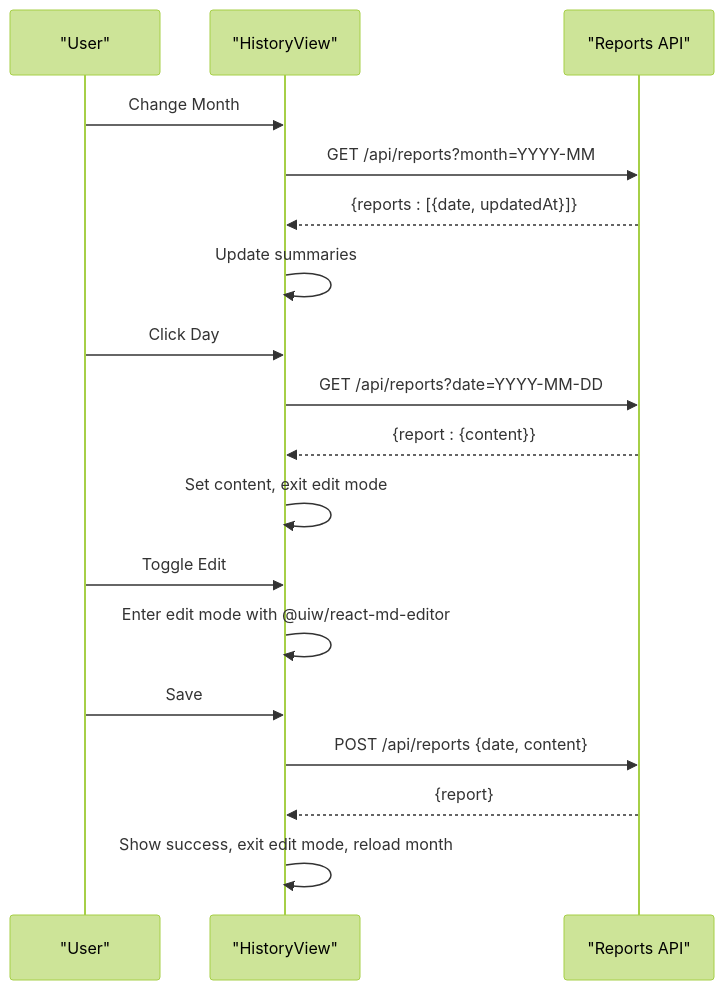
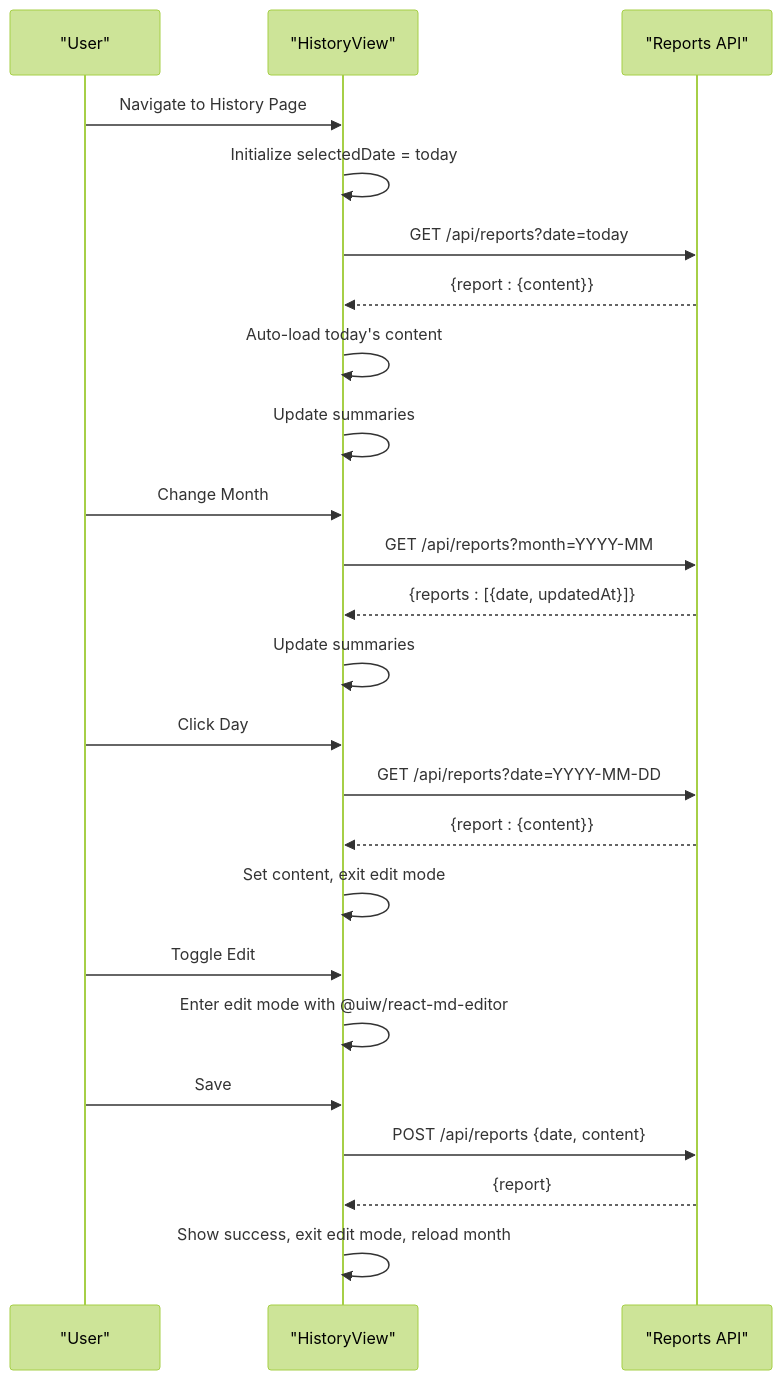
Before and after one commit to jrj444/git-daily: the fourth of 5 diagrams in .qoder/repowiki/en/content/Report Generation System/Report Editor Components.md, drawn with Mermaid (forest theme). The commit also changed other lines of this file and 4 other files, not shown here.

````diff
--- a/.qoder/repowiki/en/content/Report Generation System/Report Editor Components.md
+++ b/.qoder/repowiki/en/content/Report Generation System/Report Editor Components.md
@@ -198,20 +209,26 @@
 ```mermaid
 sequenceDiagram
 participant User as "User"
 participant HV as "HistoryView"
 participant API as "Reports API"
+User->>HV : Navigate to History Page
+HV->>HV : Initialize selectedDate = today
+HV->>API : GET /api/reports?date=today
+API-->>HV : {report : {content}}
+HV->>HV : Auto-load today's content
+HV->>HV : Update summaries
 User->>HV : Change Month
 HV->>API : GET /api/reports?month=YYYY-MM
 API-->>HV : {reports : [{date, updatedAt}]}
 HV->>HV : Update summaries
 User->>HV : Click Day
 HV->>API : GET /api/reports?date=YYYY-MM-DD
 API-->>HV : {report : {content}}
 HV->>HV : Set content, exit edit mode
 User->>HV : Toggle Edit
 HV->>HV : Enter edit mode with @uiw/react-md-editor
 User->>HV : Save
 HV->>API : POST /api/reports {date, content}
 API-->>HV : {report}
 HV->>HV : Show success, exit edit mode, reload month
 ```
````
